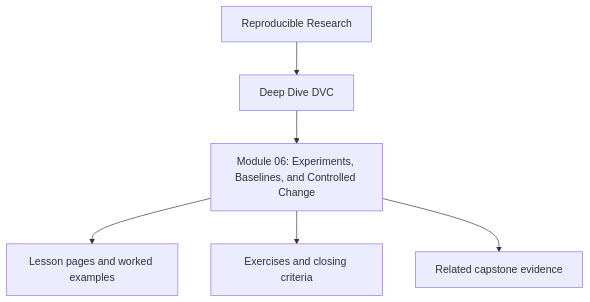
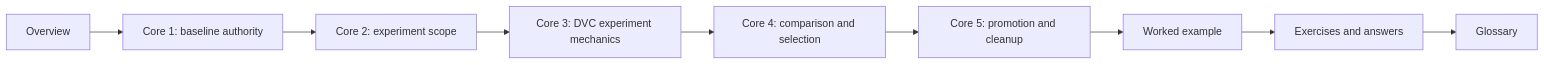
One commit to bijux/bijux-masterclass changed the diagram in programs/reproducible-research/deep-dive-dvc/course-book/module-06-experiments-baselines-controlled-change/index.md. Above: the diagram before and after it, drawn with Mermaid. The commit also changed other lines of this file, not shown here.

Commit message:
docs(dvc): reshape controlled experiment overview

````diff
--- a/programs/reproducible-research/deep-dive-dvc/course-book/module-06-experiments-baselines-controlled-change/index.md
+++ b/programs/reproducible-research/deep-dive-dvc/course-book/module-06-experiments-baselines-controlled-change/index.md
@@ -7,8 +51,11 @@
 ```mermaid
-flowchart TD
-  family["Reproducible Research"] --> program["Deep Dive DVC"]
-  program --> module["Module 06: Experiments, Baselines, and Controlled Change"]
-  module --> lessons["Lesson pages and worked examples"]
-  module --> checkpoints["Exercises and closing criteria"]
-  module --> capstone["Related capstone evidence"]
+flowchart LR
+  overview["Overview"] --> core1["Core 1: baseline authority"]
+  core1 --> core2["Core 2: experiment scope"]
+  core2 --> core3["Core 3: DVC experiment mechanics"]
+  core3 --> core4["Core 4: comparison and selection"]
+  core4 --> core5["Core 5: promotion and cleanup"]
+  core5 --> example["Worked example"]
+  example --> practice["Exercises and answers"]
+  practice --> glossary["Glossary"]
 ```
````
